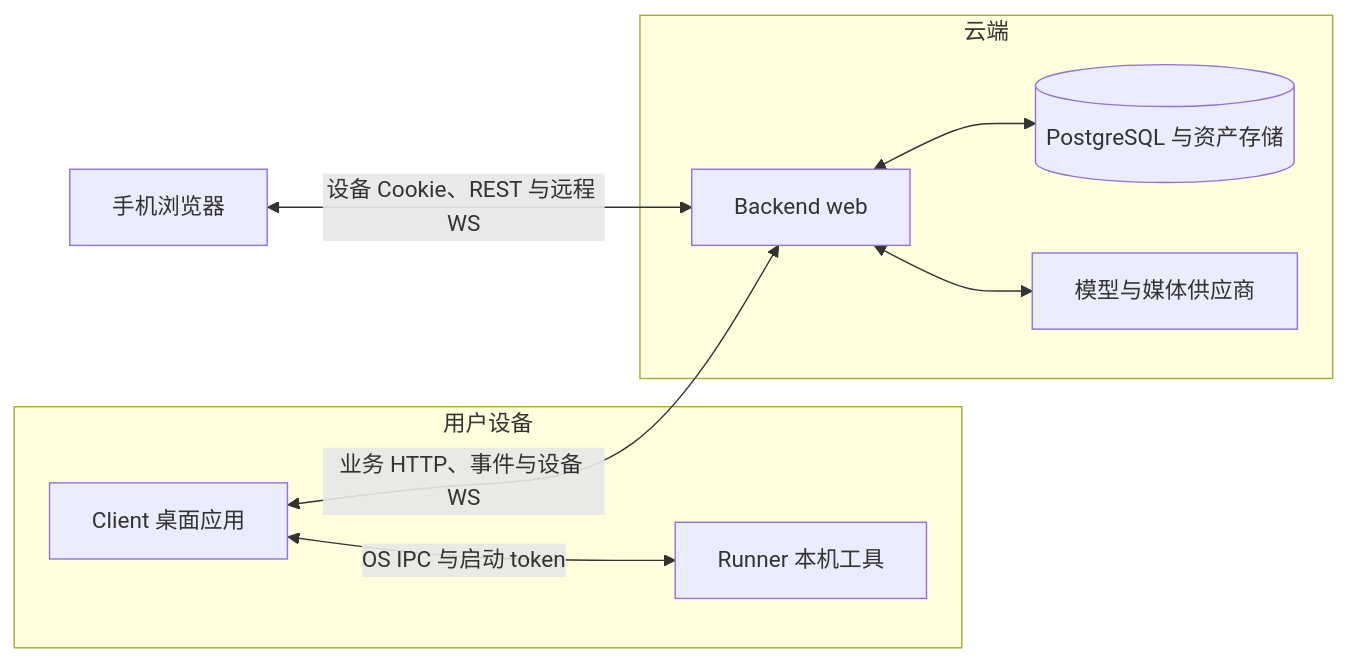
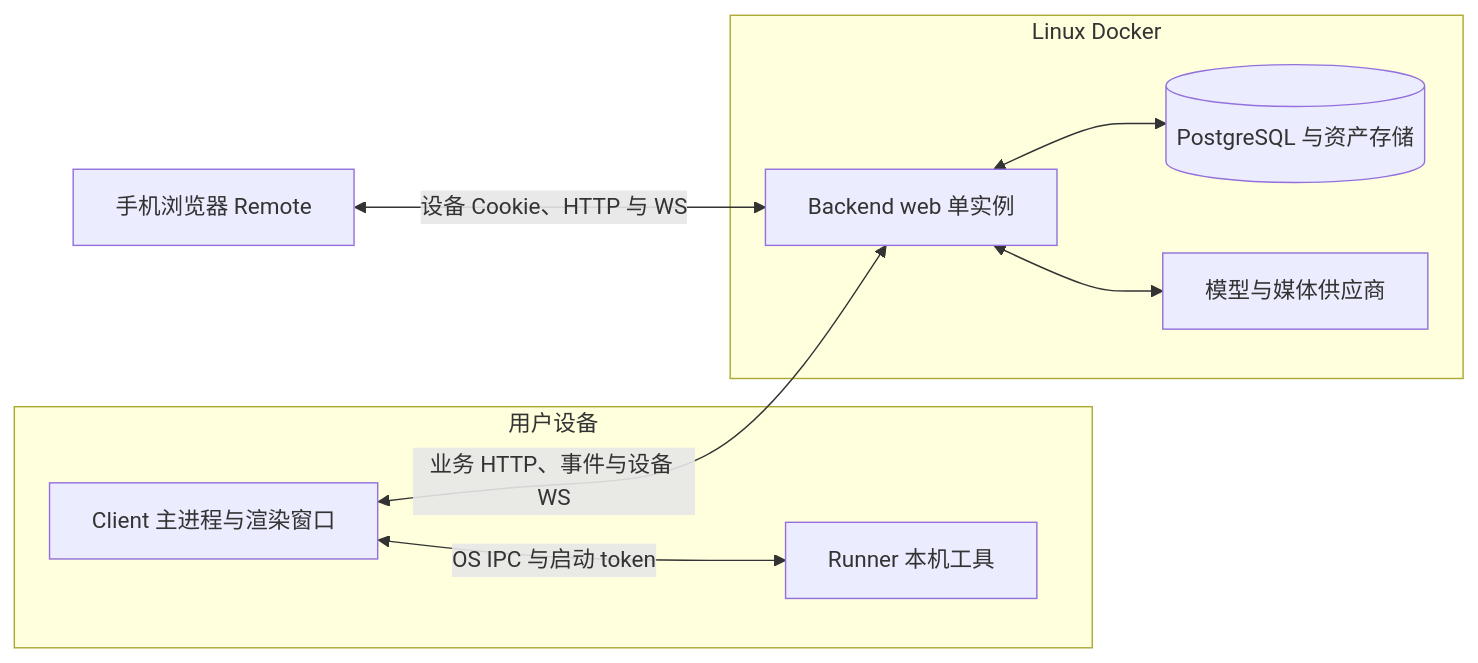
One commit to yangjinming1062/SpiritAgent changed the diagram in docs/ARCHITECTURE.md. Above: the diagram before and after it, drawn with Mermaid. The commit also changed other lines of this file and 36 other files, not shown here.

````diff
--- a/docs/ARCHITECTURE.md
+++ b/docs/ARCHITECTURE.md
@@ -7,17 +7,17 @@
 ```mermaid
 flowchart LR
     subgraph Desktop[用户设备]
-        Client[Client 桌面应用]
+        Client[Client 主进程与渲染窗口]
         Runner[Runner 本机工具]
         Client <-->|OS IPC 与启动 token| Runner
     end
-    subgraph Cloud[云端]
-        Backend[Backend web]
+    subgraph Cloud[Linux Docker]
+        Backend[Backend web 单实例]
         DB[(PostgreSQL 与资产存储)]
         Provider[模型与媒体供应商]
         Backend <--> DB
         Backend <--> Provider
     end
     Client <-->|业务 HTTP、事件与设备 WS| Backend
-    Mobile[手机浏览器] <-->|设备 Cookie、REST 与远程 WS| Backend
+    Mobile[手机浏览器 Remote] <-->|设备 Cookie、HTTP 与 WS| Backend
 ```
````
